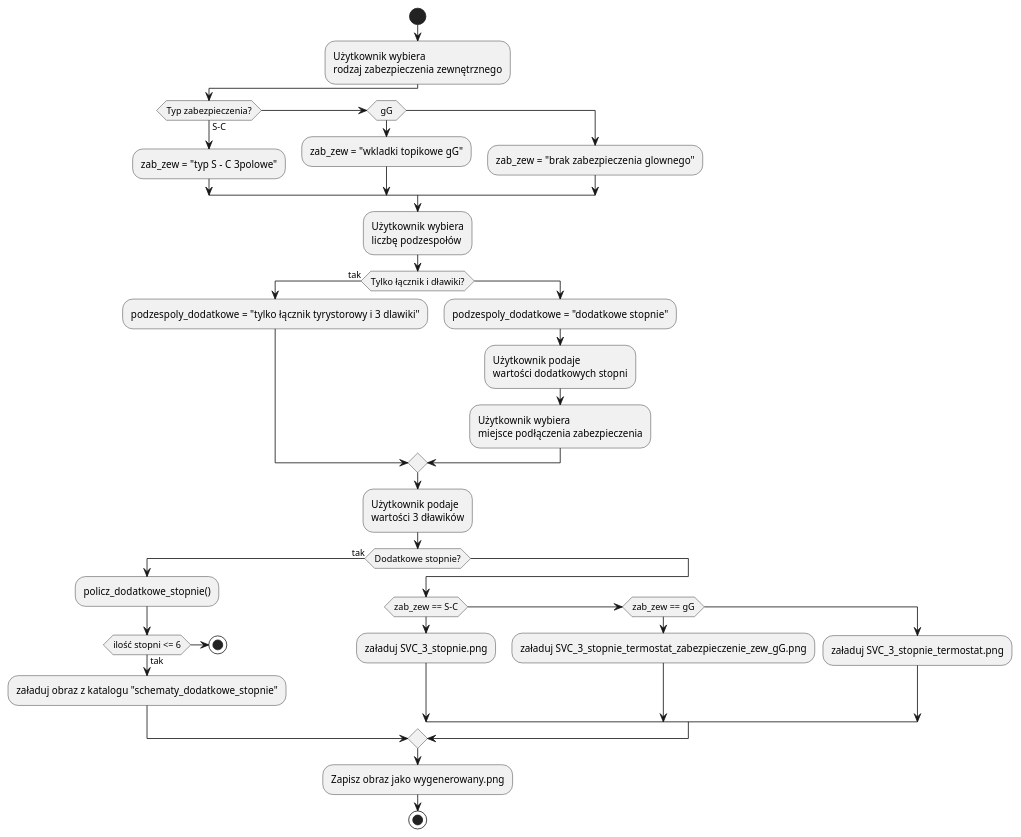
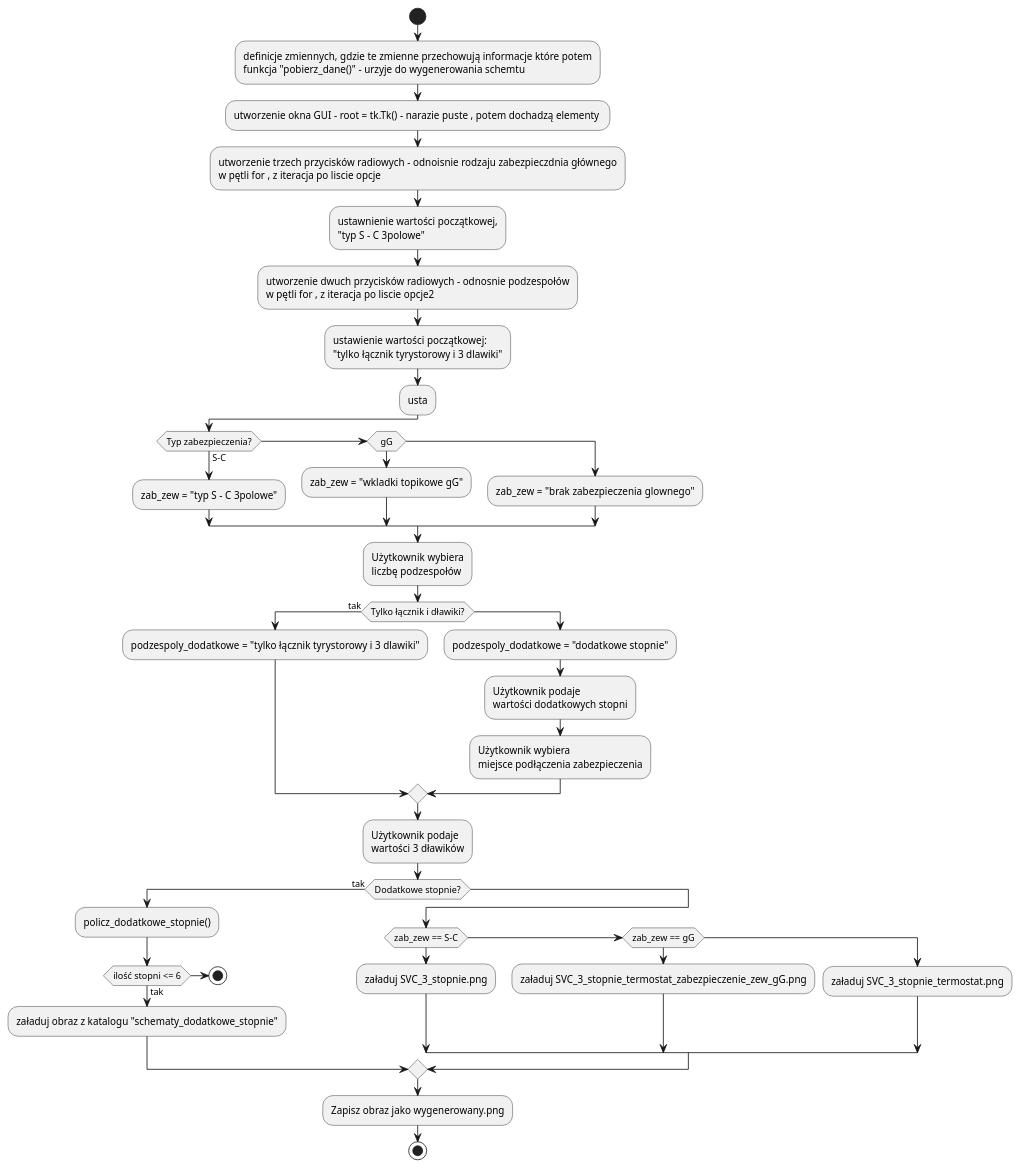
One commit to Froniu7/Projekt-dla-Marka- changed the diagram in generator_schematow_SVC/dzialanie_od_kodu.puml. Above: the diagram before and after it, drawn with PlantUML. The commit also changed 2 other files, not shown here.

```diff
--- a/generator_schematow_SVC/dzialanie_od_kodu.puml
+++ b/generator_schematow_SVC/dzialanie_od_kodu.puml
@@ -1,44 +1,57 @@
 @startuml
 
 start
-:Użytkownik wybiera\nrodzaj zabezpieczenia zewnętrznego;
+:definicje zmiennych, gdzie te zmienne przechowują informacje które potem
+funkcja "pobierz_dane()" - urzyje do wygenerowania schemtu;
+:utworzenie okna GUI - root = tk.Tk() - narazie puste , potem dochadzą elementy ;
+:utworzenie trzech przycisków radiowych - odnoisnie rodzaju zabezpieczdnia głównego
+w pętli for , z iteracja po liscie opcje;
+:ustawnienie wartości początkowej,
+"typ S - C 3polowe";
+:utworzenie dwuch przycisków radiowych - odnosnie podzespołów
+w pętli for , z iteracja po liscie opcje2;
+:ustawienie wartości początkowej:
+"tylko łącznik tyrystorowy i 3 dlawiki";
+
+
+:usta;
 
 if (Typ zabezpieczenia?) then (S-C)
   :zab_zew = "typ S - C 3polowe";
 elseif (gG)
   :zab_zew = "wkladki topikowe gG";
 else
   :zab_zew = "brak zabezpieczenia glownego";
 endif
 
 :Użytkownik wybiera\nliczbę podzespołów;
 if (Tylko łącznik i dławiki?) then (tak)
   :podzespoly_dodatkowe = "tylko łącznik tyrystorowy i 3 dlawiki";
 else
   :podzespoly_dodatkowe = "dodatkowe stopnie";
   :Użytkownik podaje\nwartości dodatkowych stopni;
   :Użytkownik wybiera\nmiejsce podłączenia zabezpieczenia;
 endif
 
 :Użytkownik podaje\nwartości 3 dławików;
 
 if (Dodatkowe stopnie?) then (tak)
   :policz_dodatkowe_stopnie();
   if (ilość stopni <= 6) then (tak)
     :załaduj obraz z katalogu "schematy_dodatkowe_stopnie";
   else
     stop
   endif
 else
   if (zab_zew == S-C) then
     :załaduj SVC_3_stopnie.png;
   elseif (zab_zew == gG) then
     :załaduj SVC_3_stopnie_termostat_zabezpieczenie_zew_gG.png;
   else
     :załaduj SVC_3_stopnie_termostat.png;
   endif
 endif
 
 :Zapisz obraz jako wygenerowany.png;
 stop
 @enduml
```
